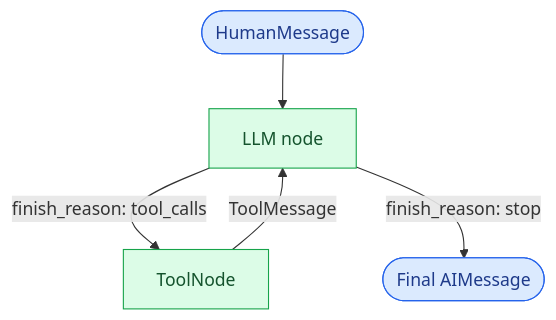
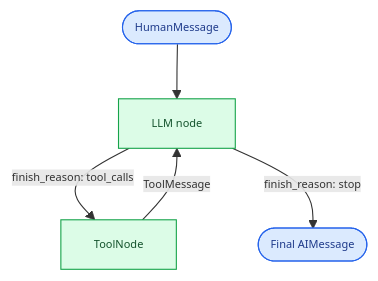
The first of 6 diagrams in Langchain/langchain-tools-agents.mdx (YsnHdn/Notebooks), drawn with Mermaid before and after one commit. The commit also changed other lines of this file, not shown here.

Commit message:
fix : mermaids Langchain Tools , Langgraph Agent

````diff
--- a/Langchain/langchain-tools-agents.mdx
+++ b/Langchain/langchain-tools-agents.mdx
@@ -27,12 +27,13 @@
 ```mermaid
+%%{init: {'themeVariables': {'fontSize': '10px', 'nodePadding': 5, 'textMargin': 2}}}%%
 graph TD
     A([HumanMessage]) --> B[LLM node]
     B -->|finish_reason: tool_calls| C[ToolNode]
     C -->|ToolMessage| B
     B -->|finish_reason: stop| D([Final AIMessage])
 
     style A fill:#DBEAFE,stroke:#2563EB,color:#1E3A8A
     style D fill:#DBEAFE,stroke:#2563EB,color:#1E3A8A
     style B fill:#DCFCE7,stroke:#16A34A,color:#14532D
     style C fill:#DCFCE7,stroke:#16A34A,color:#14532D
 ```
````
